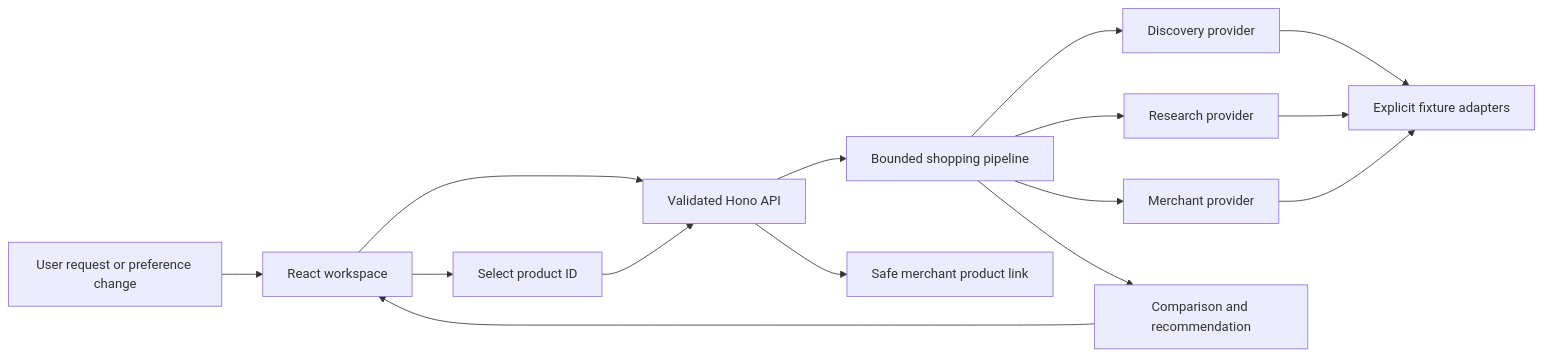
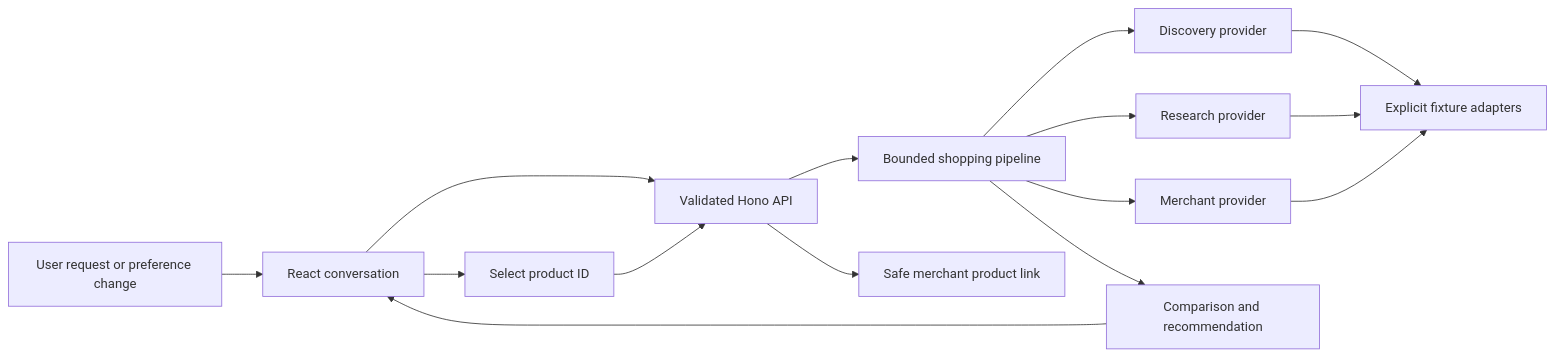
One commit to d3F0g/research-shopping changed the diagram in docs/architecture.md. Above: the diagram before and after it, drawn with Mermaid. The commit also changed other lines of this file and 24 other files, not shown here.

````diff
--- a/docs/architecture.md
+++ b/docs/architecture.md
@@ -19,17 +19,17 @@
 ```mermaid
 flowchart LR
-  User[User request or preference change] --> UI[React workspace]
+  User[User request or preference change] --> UI[React conversation]
   UI --> HTTP[Validated Hono API]
   HTTP --> Core[Bounded shopping pipeline]
   Core --> Discovery[Discovery provider]
   Core --> Research[Research provider]
   Core --> Merchant[Merchant provider]
   Discovery --> Fixture[Explicit fixture adapters]
   Research --> Fixture
   Merchant --> Fixture
   Core --> Result[Comparison and recommendation]
   Result --> UI
   UI --> Selection[Select product ID]
   Selection --> HTTP
   HTTP --> Handoff[Safe merchant product link]
 ```
````
